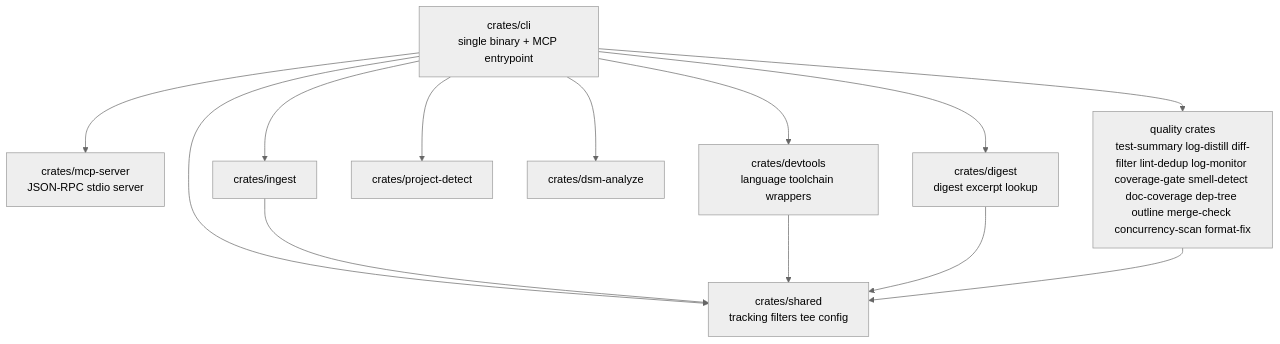
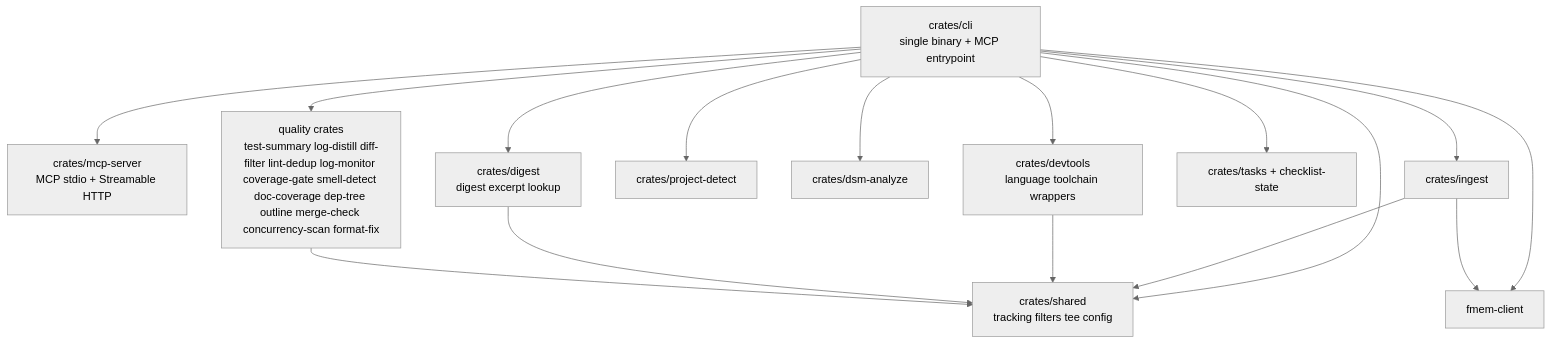
The diagram in specs/overview.md (ferrosadb/forge), drawn with Mermaid (neutral theme) before and after one commit. The commit also changed other lines of this file and 24 other files, not shown here.

````diff
--- a/specs/overview.md
+++ b/specs/overview.md
@@ -14,26 +14,31 @@
 ```mermaid
 graph TD
     CLI[crates/cli<br/>single binary + MCP entrypoint]
-    MCP[crates/mcp-server<br/>JSON-RPC stdio server]
+    MCP[crates/mcp-server<br/>MCP stdio + Streamable HTTP]
     Shared[crates/shared<br/>tracking filters tee config]
     Devtools[crates/devtools<br/>language toolchain wrappers]
     Digest[crates/digest<br/>digest excerpt lookup]
     ProjectDetect[crates/project-detect]
     Dsm[crates/dsm-analyze]
     Ingest[crates/ingest]
+    Tasks[crates/tasks + checklist-state]
+    Fmem[fmem-client]
     Quality[quality crates<br/>test-summary log-distill diff-filter lint-dedup log-monitor coverage-gate smell-detect doc-coverage dep-tree outline merge-check concurrency-scan format-fix]
 
     CLI --> MCP
     CLI --> Shared
     CLI --> Devtools
     CLI --> Digest
     CLI --> ProjectDetect
     CLI --> Dsm
     CLI --> Ingest
+    CLI --> Tasks
+    CLI --> Fmem
     CLI --> Quality
 
     Ingest --> Shared
+    Ingest --> Fmem
     Devtools --> Shared
     Digest --> Shared
     Quality --> Shared
 ```
````
